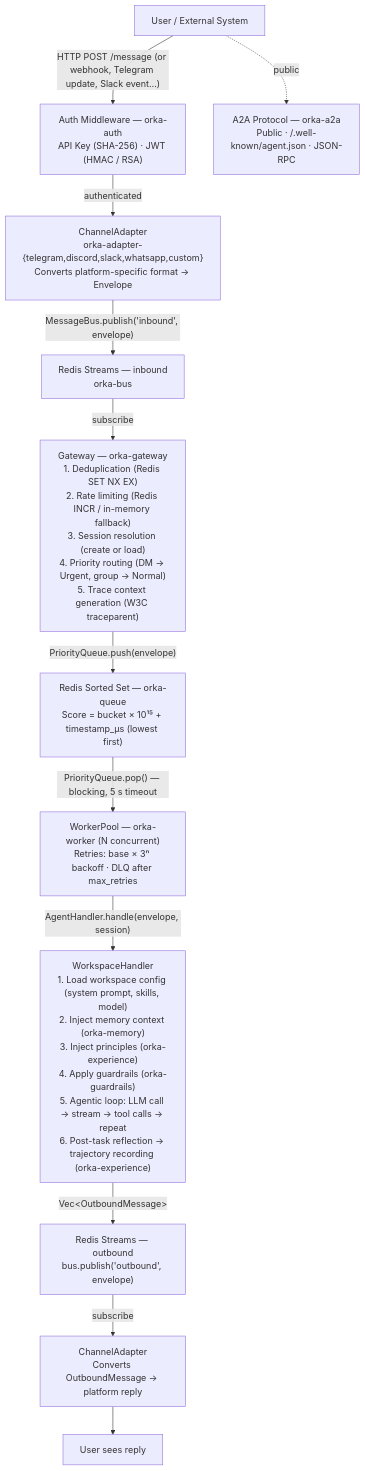
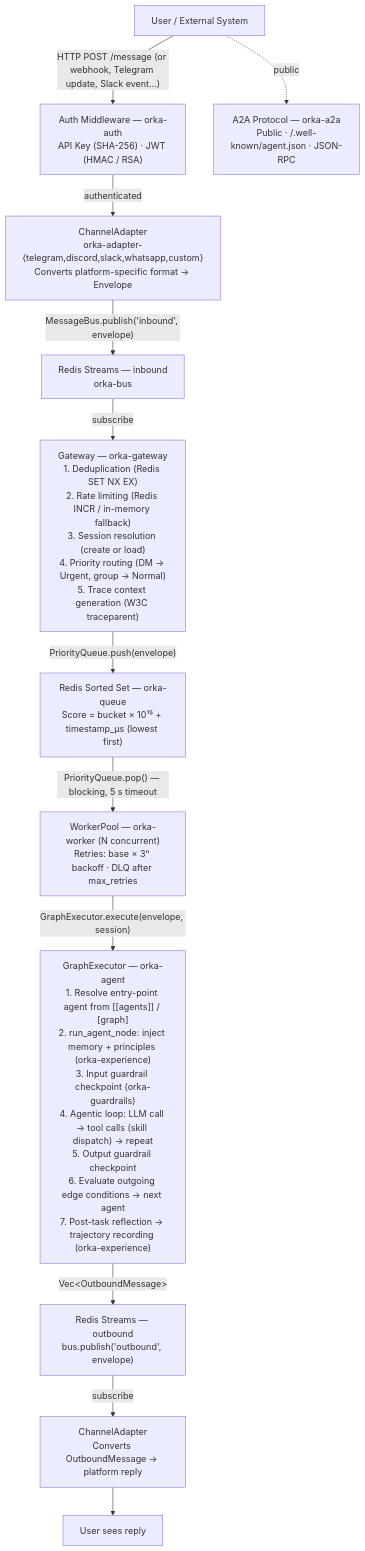
Before and after one commit to gianlucamazza/orka: the first of 2 diagrams in docs/reference/architecture.md, drawn with Mermaid. The commit also changed other lines of this file and 7 other files, not shown here.

First line of the commit message:
docs: translate to English, update architecture, remove obsolete plans

````diff
--- a/docs/reference/architecture.md
+++ b/docs/reference/architecture.md
@@ -7,27 +7,27 @@
 ```mermaid
 flowchart TD
     User["User / External System"]
     Auth["Auth Middleware — orka-auth<br/>API Key (SHA-256) · JWT (HMAC / RSA)"]
     CA1["ChannelAdapter<br/>orka-adapter-{telegram,discord,slack,whatsapp,custom}<br/>Converts platform-specific format → Envelope"]
     RS1["Redis Streams — inbound<br/>orka-bus"]
     GW["Gateway — orka-gateway<br/>1. Deduplication (Redis SET NX EX)<br/>2. Rate limiting (Redis INCR / in-memory fallback)<br/>3. Session resolution (create or load)<br/>4. Priority routing (DM → Urgent, group → Normal)<br/>5. Trace context generation (W3C traceparent)"]
     PQ["Redis Sorted Set — orka-queue<br/>Score = bucket × 10¹⁵ + timestamp_µs (lowest first)"]
     WP["WorkerPool — orka-worker (N concurrent)<br/>Retries: base × 3ⁿ backoff · DLQ after max_retries"]
-    WH["WorkspaceHandler<br/>1. Load workspace config (system prompt, skills, model)<br/>2. Inject memory context (orka-memory)<br/>3. Inject principles (orka-experience)<br/>4. Apply guardrails (orka-guardrails)<br/>5. Agentic loop: LLM call → stream → tool calls → repeat<br/>6. Post-task reflection → trajectory recording (orka-experience)"]
+    WH["GraphExecutor — orka-agent<br/>1. Resolve entry-point agent from [[agents]] / [graph]<br/>2. run_agent_node: inject memory + principles (orka-experience)<br/>3. Input guardrail checkpoint (orka-guardrails)<br/>4. Agentic loop: LLM call → tool calls (skill dispatch) → repeat<br/>5. Output guardrail checkpoint<br/>6. Evaluate outgoing edge conditions → next agent<br/>7. Post-task reflection → trajectory recording (orka-experience)"]
     RS2["Redis Streams — outbound<br/>bus.publish('outbound', envelope)"]
     CA2["ChannelAdapter<br/>Converts OutboundMessage → platform reply"]
     Reply["User sees reply"]
     A2A["A2A Protocol — orka-a2a<br/>Public · /.well-known/agent.json · JSON-RPC"]
 
     User -->|"HTTP POST /message (or webhook, Telegram update, Slack event…)"| Auth
     User -.->|"public"| A2A
     Auth -->|"authenticated"| CA1
     CA1 -->|"MessageBus.publish('inbound', envelope)"| RS1
     RS1 -->|"subscribe"| GW
     GW -->|"PriorityQueue.push(envelope)"| PQ
     PQ -->|"PriorityQueue.pop() — blocking, 5 s timeout"| WP
-    WP -->|"AgentHandler.handle(envelope, session)"| WH
+    WP -->|"GraphExecutor.execute(envelope, session)"| WH
     WH -->|"Vec&lt;OutboundMessage&gt;"| RS2
     RS2 -->|"subscribe"| CA2
     CA2 --> Reply
 ```
````
